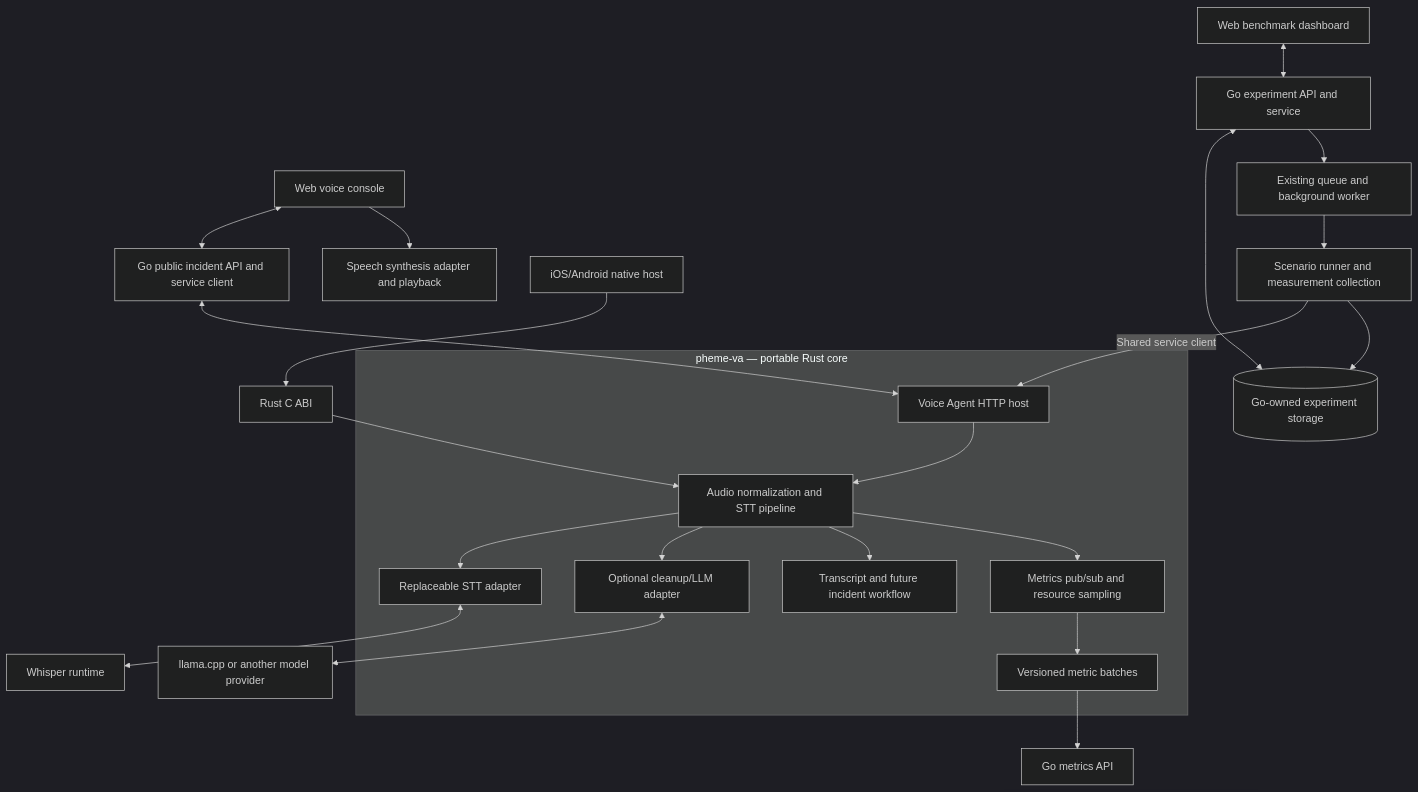
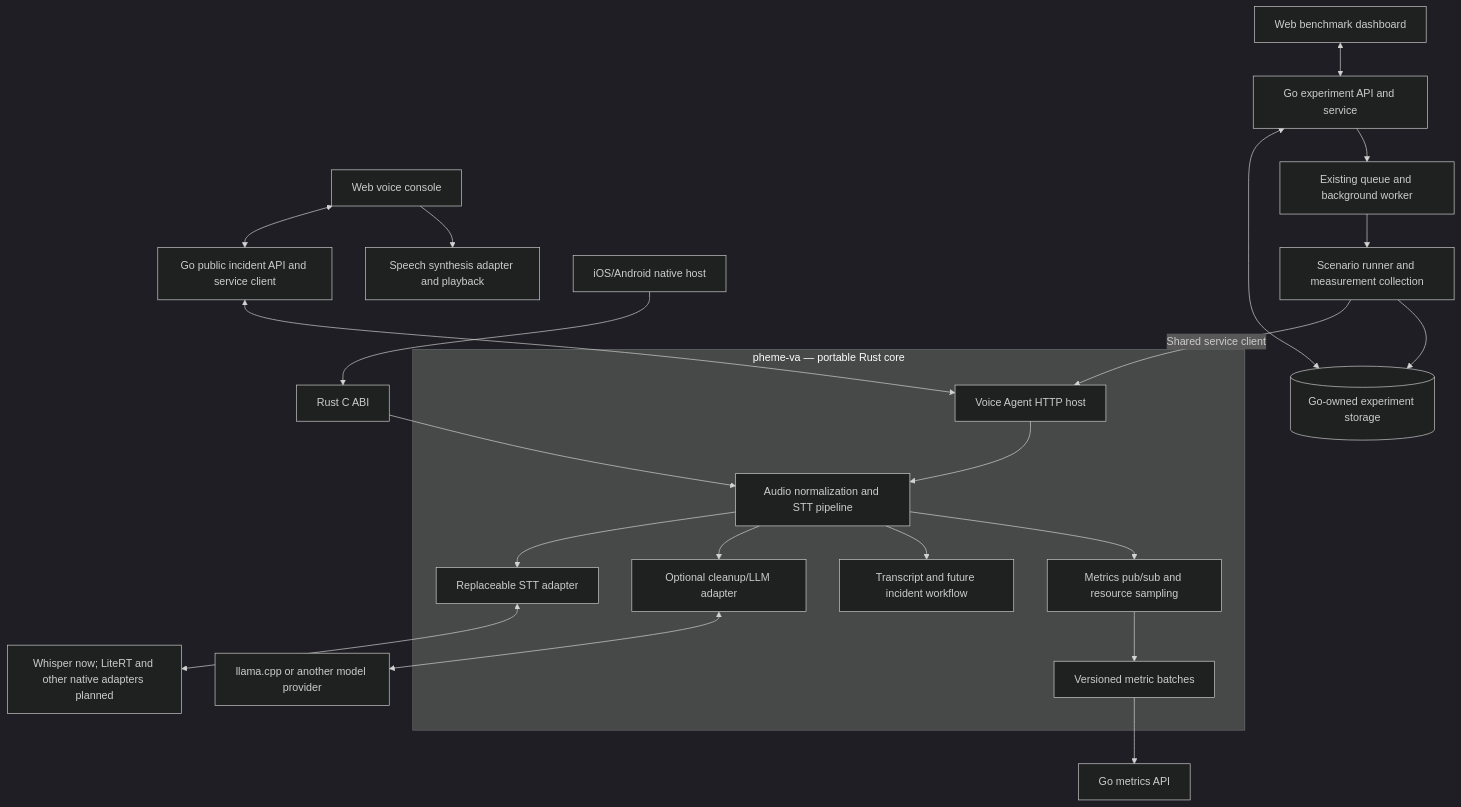
One commit to CharlieQuirkFYP/agentic-lab changed the first of 2 diagrams in docs/architecture.md. Above: the diagram before and after it, drawn with Mermaid (dark theme). The commit also changed other lines of this file and 29 other files, not shown here.

````diff
--- a/docs/architecture.md
+++ b/docs/architecture.md
@@ -16,25 +15,25 @@
 ```mermaid
 flowchart TD
     Client[Web voice console] <--> Go[Go public incident API and service client]
     Dashboard[Web benchmark dashboard] <--> Experiments[Go experiment API and service]
     Experiments <--> Results[(Go-owned experiment storage)]
     Experiments --> Queue[Existing queue and background worker]
     Queue --> Runner[Scenario runner and measurement collection]
     Runner -->|Shared service client| AgentAPI
     Go <--> AgentAPI[Voice Agent HTTP host]
     subgraph RustAgent[pheme-va — portable Rust core]
         AgentAPI --> Core[Audio normalization and STT pipeline]
-        Core --> WhisperAdapter[Replaceable STT adapter]
+        Core --> STTAdapter[Replaceable STT adapter]
         Core --> LLMAdapter[Optional cleanup/LLM adapter]
         Core --> Draft[Transcript and future incident workflow]
         Core --> Metrics[Metrics pub/sub and resource sampling]
         Metrics --> Batch[Versioned metric batches]
     end
     Batch --> GoMetrics[Go metrics API]
-    WhisperAdapter <--> Whisper[Whisper runtime]
+    STTAdapter <--> STTRuntimes[Whisper now; LiteRT and other native adapters planned]
     LLMAdapter <--> LLM[llama.cpp or another model provider]
     Mobile[iOS/Android native host] --> FFI[Rust C ABI]
     FFI --> Core
     Client --> TTS[Speech synthesis adapter and playback]
     Runner --> Results
 ```
````
